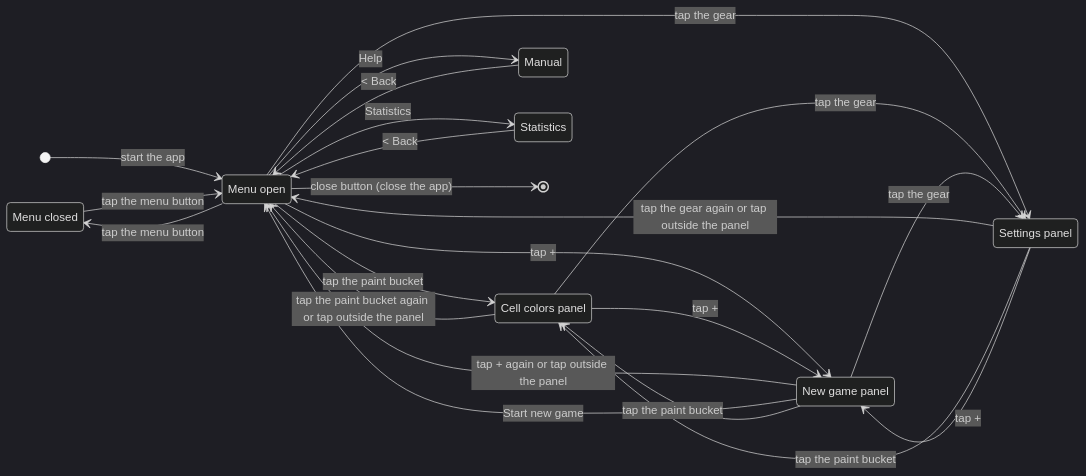
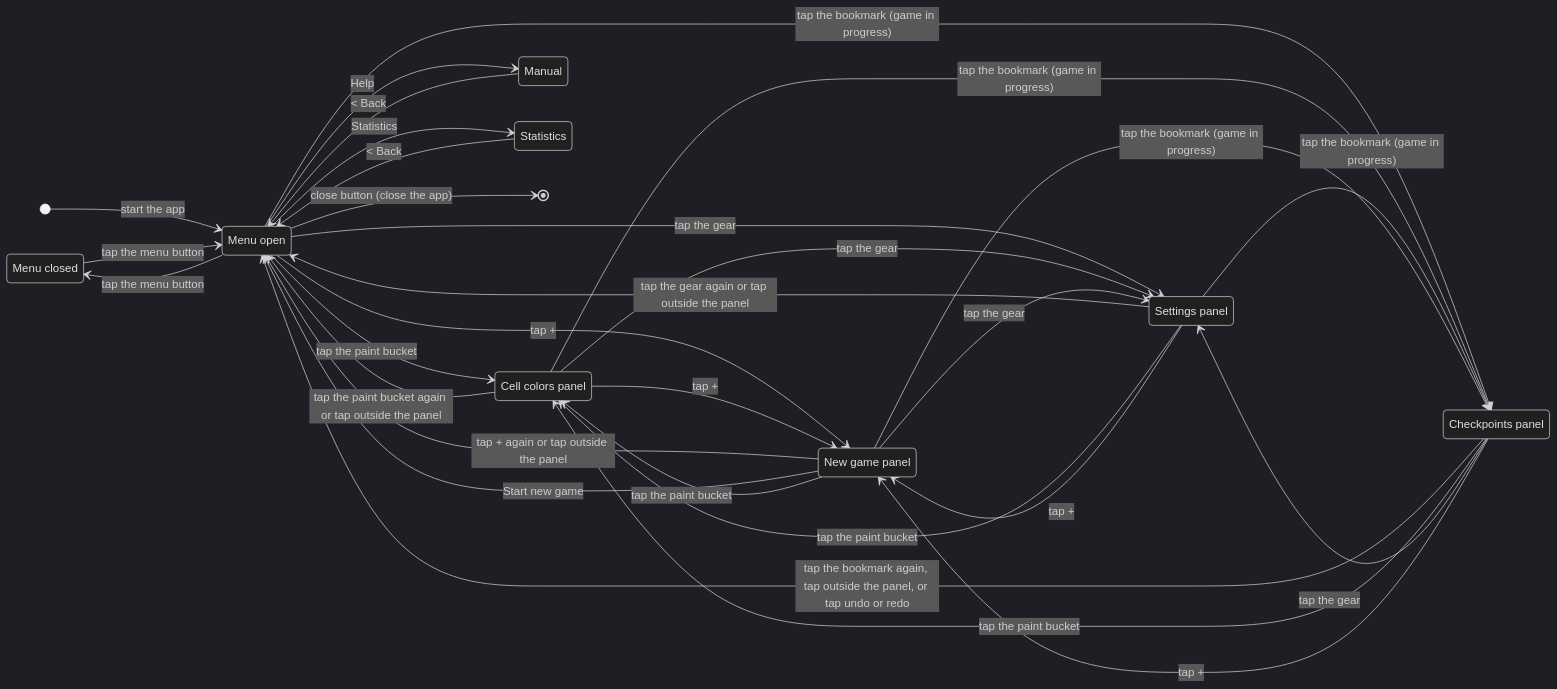
One commit to garbles/sudoku changed the tenth of 14 diagrams in REQUIREMENTS.md. Above: the diagram before and after it, drawn with Mermaid (dark theme). The commit also changed other lines of this file and 50 other files, not shown here.

First line of the commit message:
Add the Checkpoints panel

````diff
--- a/REQUIREMENTS.md
+++ b/REQUIREMENTS.md
@@ -662,32 +693,41 @@
 ```mermaid
 stateDiagram-v2
     direction LR
     state "Menu closed" as Closed
     state "Menu open" as Open
     state "Cell colors panel" as Colors
     state "Settings panel" as SettingsP
     state "New game panel" as NewGame
+    state "Checkpoints panel" as Checkpoints
     [*] --> Open: start the app
     Closed --> Open: tap the menu button
     Open --> Closed: tap the menu button
     Open --> Colors: tap the paint bucket
     Colors --> Open: tap the paint bucket again or tap outside the panel
     Open --> NewGame: tap +
     NewGame --> Open: tap + again or tap outside the panel
     NewGame --> Open: Start new game
     Colors --> NewGame: tap +
     NewGame --> Colors: tap the paint bucket
     Open --> SettingsP: tap the gear
     SettingsP --> Open: tap the gear again or tap outside the panel
     SettingsP --> Colors: tap the paint bucket
     SettingsP --> NewGame: tap +
     Colors --> SettingsP: tap the gear
     NewGame --> SettingsP: tap the gear
+    Open --> Checkpoints: tap the bookmark (game in progress)
+    Checkpoints --> Open: tap the bookmark again, tap outside the panel, or tap undo or redo
+    Checkpoints --> Colors: tap the paint bucket
+    Checkpoints --> SettingsP: tap the gear
+    Checkpoints --> NewGame: tap +
+    Colors --> Checkpoints: tap the bookmark (game in progress)
+    SettingsP --> Checkpoints: tap the bookmark (game in progress)
+    NewGame --> Checkpoints: tap the bookmark (game in progress)
     Open --> Manual: Help
     Open --> Statistics: Statistics
     Open --> [*]: close button (close the app)
     state "Manual" as Manual
     state "Statistics" as Statistics
     Manual --> Open: < Back
     Statistics --> Open: < Back
 ```
````
